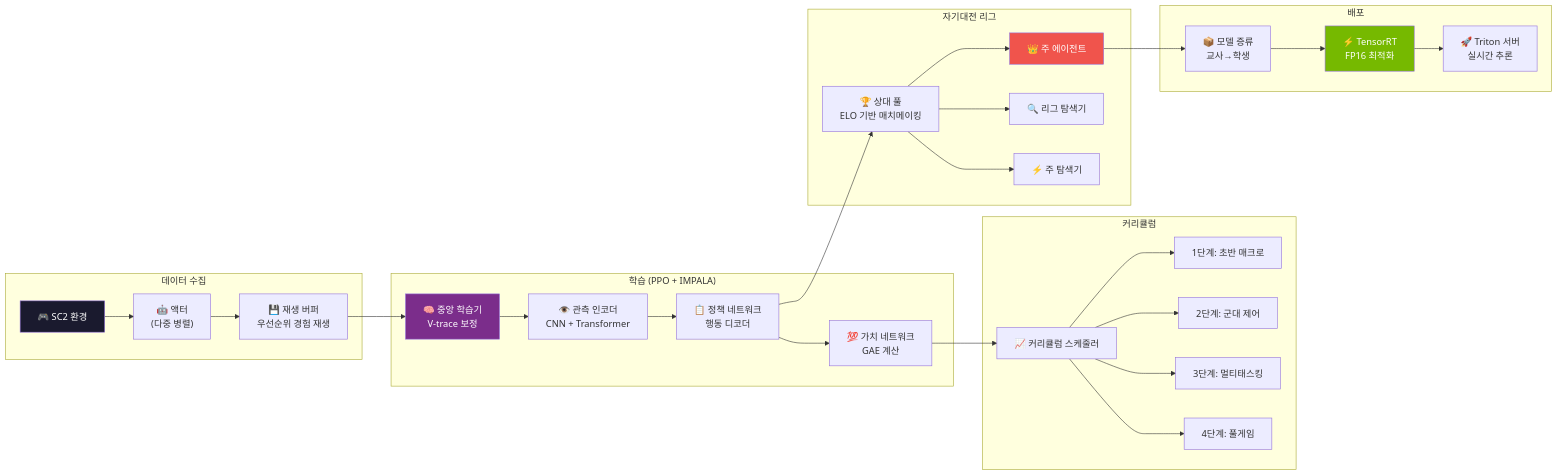
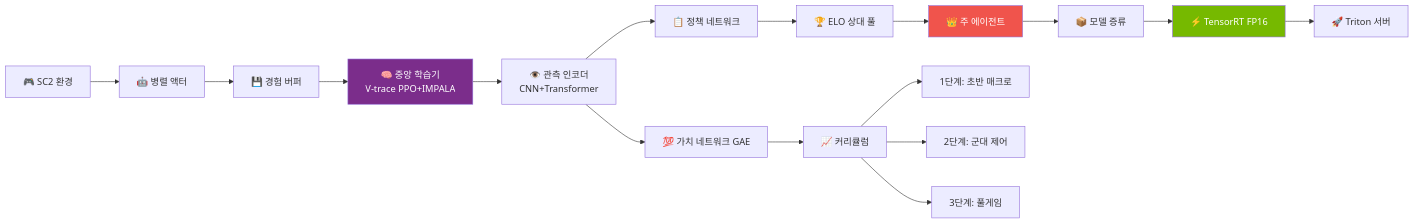
One commit to sun475300-sudo/Swarm-control-in-sc2bot changed the third of 33 diagrams in README.md. Above: the diagram before and after it, drawn with Mermaid. The commit also changed other lines of this file, not shown here.

````diff
--- a/README.md
+++ b/README.md
@@ -231,40 +291,25 @@
 ```mermaid
 graph LR
-    subgraph "데이터 수집"
-        ENV["🎮 SC2 환경"] --> ACT["🤖 액터\n(다중 병렬)"]
-        ACT --> BUF["💾 재생 버퍼\n우선순위 경험 재생"]
-    end
+    ENV["🎮 SC2 환경"] --> ACT["🤖 병렬 액터"]
+    ACT --> BUF["💾 경험 버퍼"]
+    BUF --> LEARN["🧠 중앙 학습기\nV-trace PPO+IMPALA"]
+    LEARN --> OBS["👁️ 관측 인코더\nCNN+Transformer"]
+    OBS --> POLICY["📋 정책 네트워크"]
+    OBS --> VALUE["💯 가치 네트워크 GAE"]
 
-    subgraph "학습 (PPO + IMPALA)"
-        BUF --> LEARN["🧠 중앙 학습기\nV-trace 보정"]
-        LEARN --> OBS["👁️ 관측 인코더\nCNN + Transformer"]
-        OBS --> POLICY["📋 정책 네트워크\n행동 디코더"]
-        POLICY --> VALUE["💯 가치 네트워크\nGAE 계산"]
-    end
+    POLICY --> POOL["🏆 ELO 상대 풀"]
+    POOL --> MAIN["👑 주 에이전트"]
 
-    subgraph "자기대전 리그"
-        POLICY --> POOL["🏆 상대 풀\nELO 기반 매치메이킹"]
-        POOL --> MAIN["👑 주 에이전트"]
-        POOL --> EXP["🔍 리그 탐색기"]
-        POOL --> MEX["⚡ 주 탐색기"]
-    end
+    VALUE --> CURR["📈 커리큘럼"]
+    CURR --> S1["1단계: 초반 매크로"]
+    CURR --> S2["2단계: 군대 제어"]
+    CURR --> S3["3단계: 풀게임"]
 
-    subgraph "커리큘럼"
-        VALUE --> CURR["📈 커리큘럼 스케줄러"]
-        CURR --> S1["1단계: 초반 매크로"]
-        CURR --> S2["2단계: 군대 제어"]
-        CURR --> S3["3단계: 멀티태스킹"]
-        CURR --> S4["4단계: 풀게임"]
-    end
+    MAIN --> DIST["📦 모델 증류"]
+    DIST --> TRT2["⚡ TensorRT FP16"]
+    TRT2 --> TRITON2["🚀 Triton 서버"]
 
-    subgraph "배포"
-        MAIN --> DIST["📦 모델 증류\n교사→학생"]
-        DIST --> TRT2["⚡ TensorRT\nFP16 최적화"]
-        TRT2 --> TRITON2["🚀 Triton 서버\n실시간 추론"]
-    end
-
-    style ENV fill:#1a1a2e,color:#fff
     style LEARN fill:#7b2d8b,color:#fff
     style MAIN fill:#f0544c,color:#fff
     style TRT2 fill:#76b900,color:#fff
 ```
````
